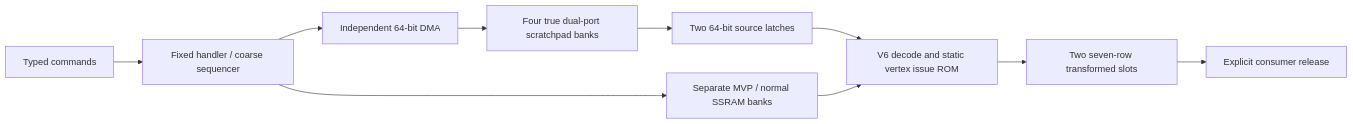
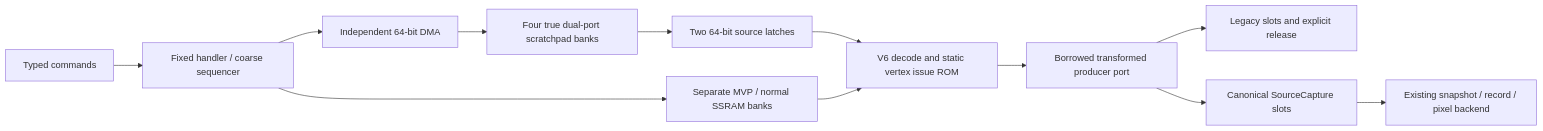
The diagram in ip/gpu-v2/docs/frontend.md (misdake/DigitalDesign), drawn with Mermaid before and after one commit. The commit also changed other lines of this file and 8 other files, not shown here.

````diff
--- a/ip/gpu-v2/docs/frontend.md
+++ b/ip/gpu-v2/docs/frontend.md
@@ -21,12 +23,14 @@
 ```mermaid
 flowchart LR
   C[Typed commands] --> CP[Fixed handler / coarse sequencer]
   CP --> DMA[Independent 64-bit DMA]
   DMA --> SP[Four true dual-port scratchpad banks]
   SP --> L[Two 64-bit source latches]
   L --> V[V6 decode and static vertex issue ROM]
   CP --> U[Separate MVP / normal SSRAM banks]
   U --> V
-  V --> O[Two seven-row transformed slots]
-  O --> R[Explicit consumer release]
+  V --> O[Borrowed transformed producer port]
+  O --> R[Legacy slots and explicit release]
+  O --> S[Canonical SourceCapture slots]
+  S --> B[Existing snapshot / record / pixel backend]
 ```
````
